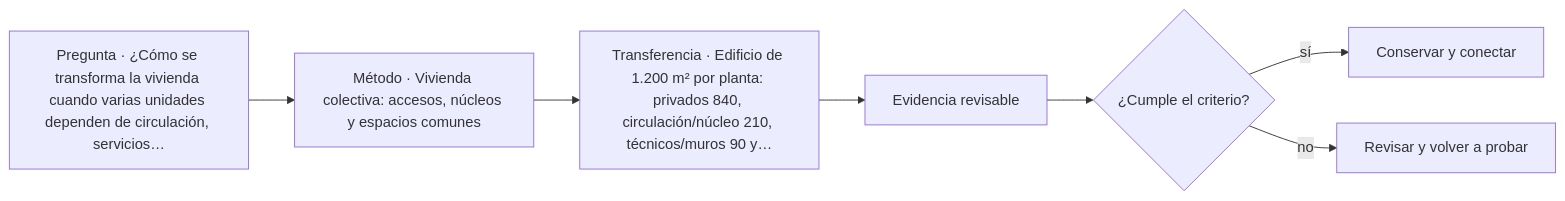
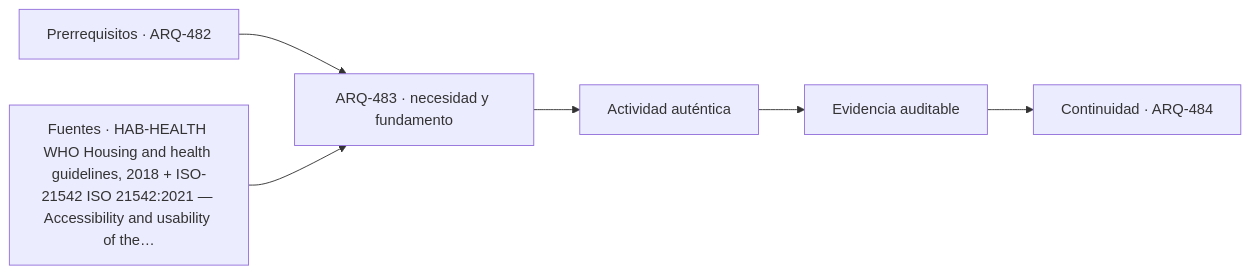
The diagram in classes/parte-49/ARQ-483.md (vladimiracunadev-create/architecture-built-environment-learning-program), drawn with Mermaid before and after one commit. The commit also changed other lines of this file and 761 other files, not shown here.

````diff
--- a/classes/parte-49/ARQ-483.md
+++ b/classes/parte-49/ARQ-483.md
@@ -89,9 +101,8 @@
 ```mermaid
 flowchart LR
-    Q["Pregunta · ¿Cómo se transforma la vivienda cuando varias unidades dependen de circulación, servicios…"] --> M["Método · Vivienda colectiva: accesos, núcleos y espacios comunes"]
-    M --> P["Transferencia · Edificio de 1.200 m² por planta: privados 840, circulación/núcleo 210, técnicos/muros 90 y…"]
-    P --> E["Evidencia revisable"]
-    E --> C{"¿Cumple el criterio?"}
-    C -->|sí| T["Conservar y conectar"]
-    C -->|no| R["Revisar y volver a probar"]
+    A["Prerrequisitos · ARQ-482"] --> B["ARQ-483 · necesidad y fundamento"]
+    S["Fuentes · HAB-HEALTH WHO Housing and health guidelines, 2018 + ISO-21542 ISO 21542:2021 — Accessibility and usability of the…"] --> B
+    B --> C["Actividad auténtica"]
+    C --> D["Evidencia auditable"]
+    D --> E["Continuidad · ARQ-484"]
 ```
````
